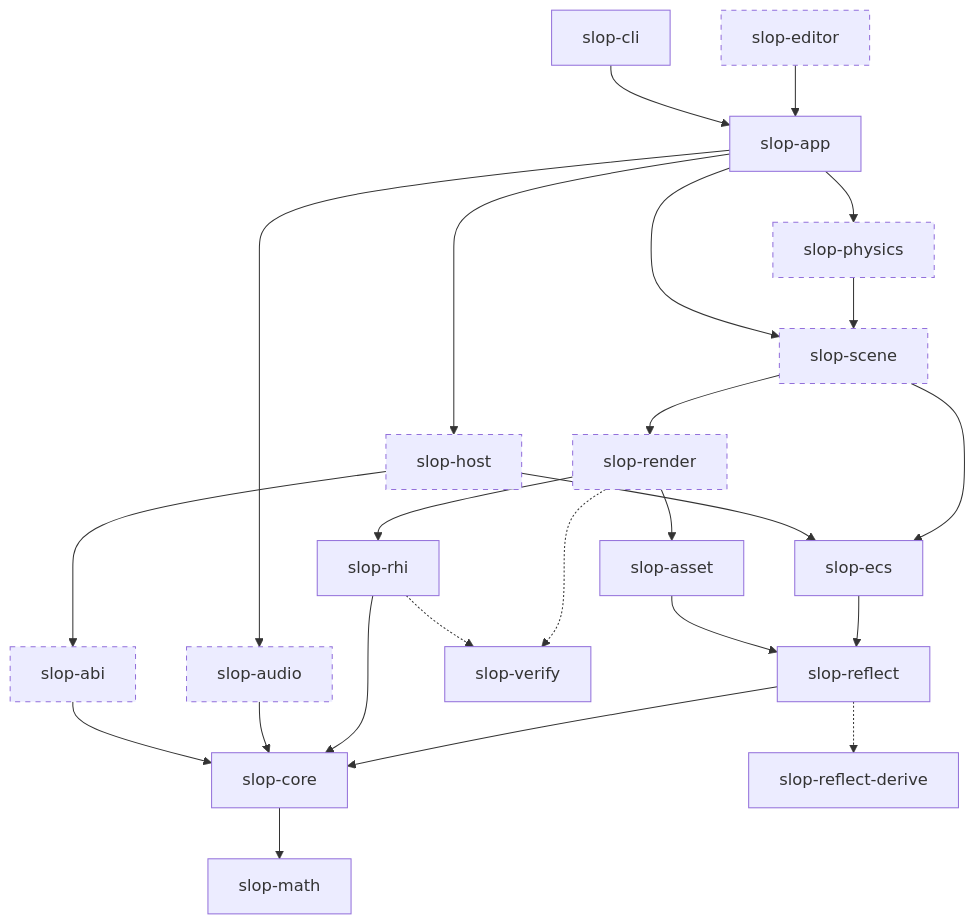
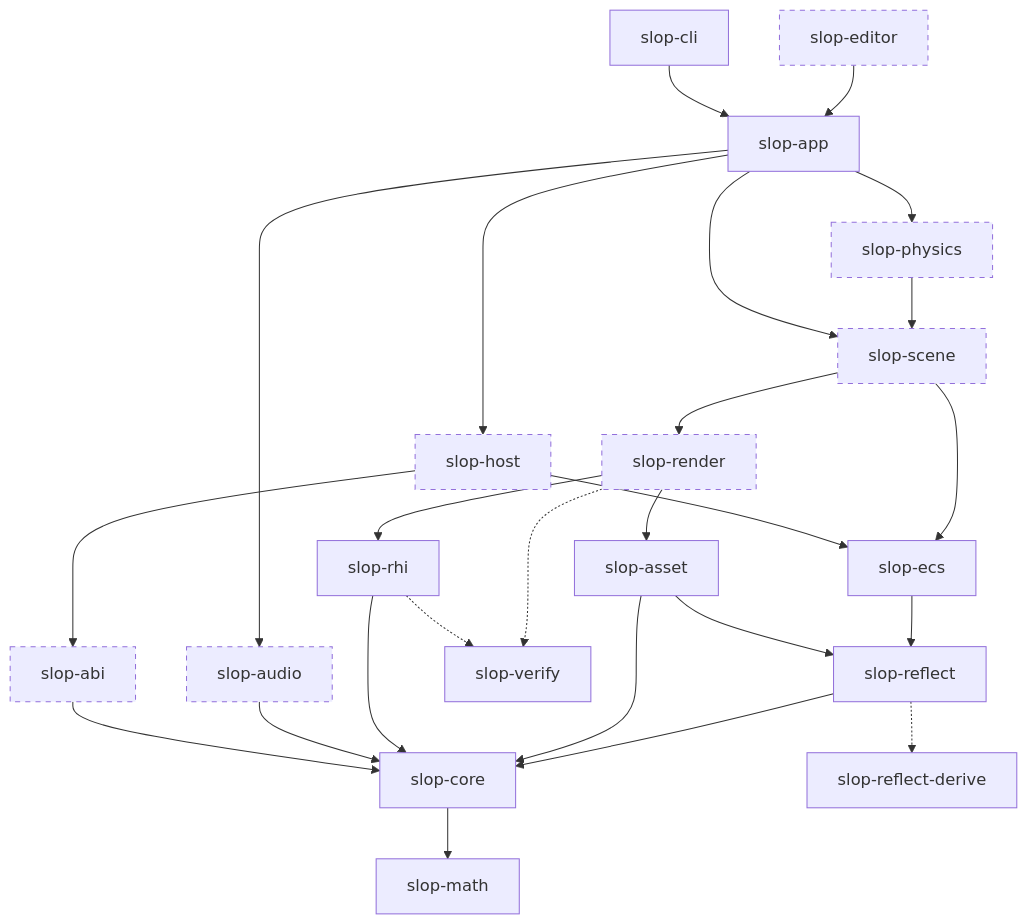
The first of 5 diagrams in docs/architecture.md (adamloec/slop), drawn with Mermaid before and after one commit. The commit also changed other lines of this file and 7 other files, not shown here.

````diff
--- a/docs/architecture.md
+++ b/docs/architecture.md
@@ -19,48 +19,49 @@
 ```mermaid
 flowchart TD
     cli["slop-cli"]
     editor["slop-editor"]
     app["slop-app"]
     host["slop-host"]
     abi["slop-abi"]
     audio["slop-audio"]
     physics["slop-physics"]
     scene["slop-scene"]
     render["slop-render"]
     rhi["slop-rhi"]
     asset["slop-asset"]
     ecs["slop-ecs"]
     reflect["slop-reflect"]
     core["slop-core"]
     math["slop-math"]
     verify["slop-verify"]
     derive["slop-reflect-derive"]
 
     cli --> app
     editor --> app
     app --> host
     app --> scene
     app --> physics
     app --> audio
     host --> abi
     host --> ecs
     abi --> core
     audio --> core
     physics --> scene
     scene --> render
     scene --> ecs
     render --> rhi
     render --> asset
     rhi --> core
     asset --> reflect
+    asset --> core
     ecs --> reflect
     reflect --> core
     core --> math
 
     rhi -.-> verify
     render -.-> verify
     reflect -.-> derive
 
     classDef planned stroke-dasharray: 5 5
     class editor,host,abi,audio,physics,scene,render planned
 ```
````
